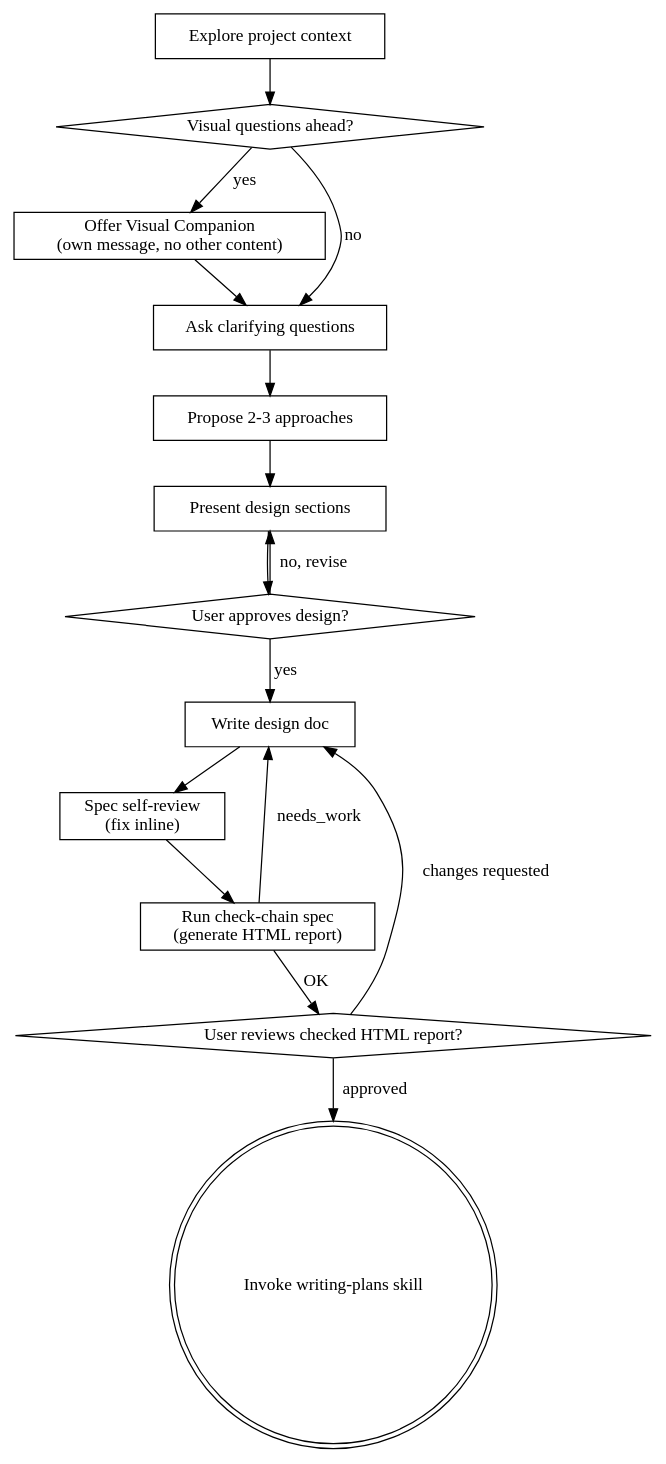
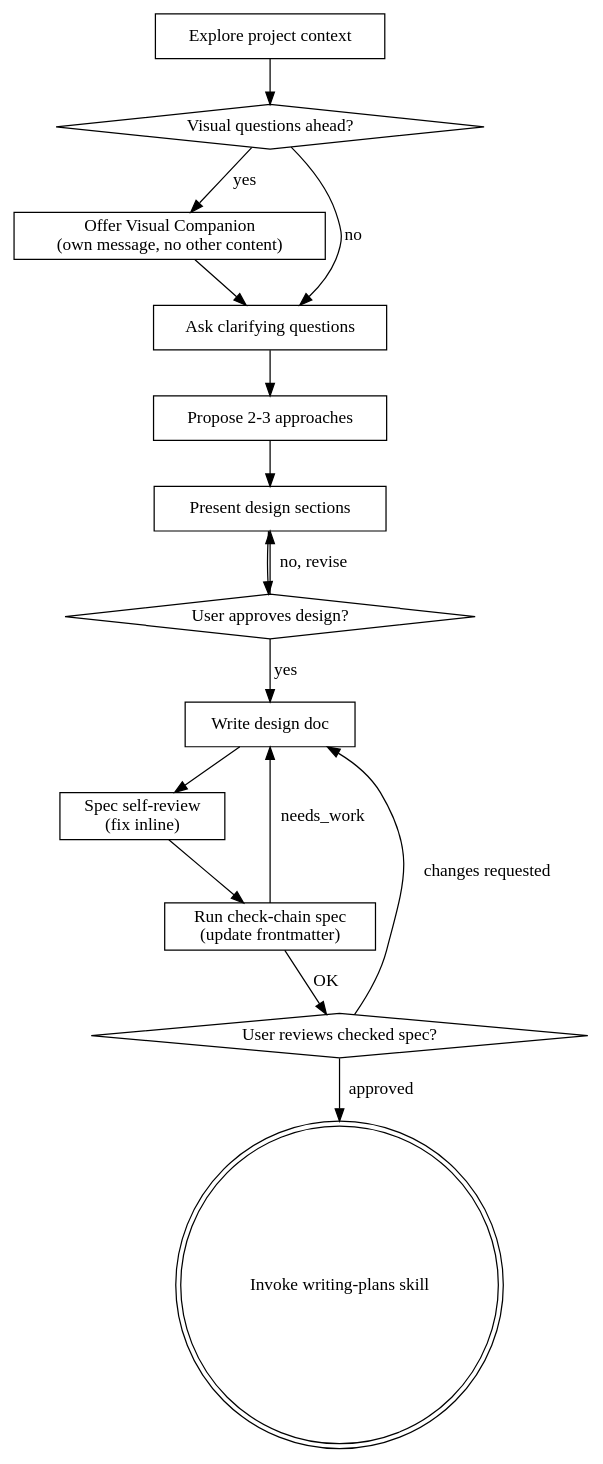
Before and after one commit to ikeniborn/icodex: the diagram in .codex-isolated/plugins/cache/openai-curated/superpowers/2f1a8948/skills/brainstorming/SKILL.md, drawn with Graphviz. The commit also changed other lines of this file and 8 other files, not shown here.

Commit message:
docs(chain): generate final result report only

````diff
--- a/.codex-isolated/plugins/cache/openai-curated/superpowers/2f1a8948/skills/brainstorming/SKILL.md
+++ b/.codex-isolated/plugins/cache/openai-curated/superpowers/2f1a8948/skills/brainstorming/SKILL.md
@@ -37,32 +37,32 @@
 ```dot
 digraph brainstorming {
     "Explore project context" [shape=box];
     "Visual questions ahead?" [shape=diamond];
     "Offer Visual Companion\n(own message, no other content)" [shape=box];
     "Ask clarifying questions" [shape=box];
     "Propose 2-3 approaches" [shape=box];
     "Present design sections" [shape=box];
     "User approves design?" [shape=diamond];
     "Write design doc" [shape=box];
     "Spec self-review\n(fix inline)" [shape=box];
-    "Run check-chain spec\n(generate HTML report)" [shape=box];
-    "User reviews checked HTML report?" [shape=diamond];
+    "Run check-chain spec\n(update frontmatter)" [shape=box];
+    "User reviews checked spec?" [shape=diamond];
     "Invoke writing-plans skill" [shape=doublecircle];
 
     "Explore project context" -> "Visual questions ahead?";
     "Visual questions ahead?" -> "Offer Visual Companion\n(own message, no other content)" [label="yes"];
     "Visual questions ahead?" -> "Ask clarifying questions" [label="no"];
     "Offer Visual Companion\n(own message, no other content)" -> "Ask clarifying questions";
     "Ask clarifying questions" -> "Propose 2-3 approaches";
     "Propose 2-3 approaches" -> "Present design sections";
     "Present design sections" -> "User approves design?";
     "User approves design?" -> "Present design sections" [label="no, revise"];
     "User approves design?" -> "Write design doc" [label="yes"];
     "Write design doc" -> "Spec self-review\n(fix inline)";
-    "Spec self-review\n(fix inline)" -> "Run check-chain spec\n(generate HTML report)";
-    "Run check-chain spec\n(generate HTML report)" -> "Write design doc" [label="needs_work"];
-    "Run check-chain spec\n(generate HTML report)" -> "User reviews checked HTML report?" [label="OK"];
-    "User reviews checked HTML report?" -> "Write design doc" [label="changes requested"];
-    "User reviews checked HTML report?" -> "Invoke writing-plans skill" [label="approved"];
+    "Spec self-review\n(fix inline)" -> "Run check-chain spec\n(update frontmatter)";
+    "Run check-chain spec\n(update frontmatter)" -> "Write design doc" [label="needs_work"];
+    "Run check-chain spec\n(update frontmatter)" -> "User reviews checked spec?" [label="OK"];
+    "User reviews checked spec?" -> "Write design doc" [label="changes requested"];
+    "User reviews checked spec?" -> "Invoke writing-plans skill" [label="approved"];
 }
 ```
````
